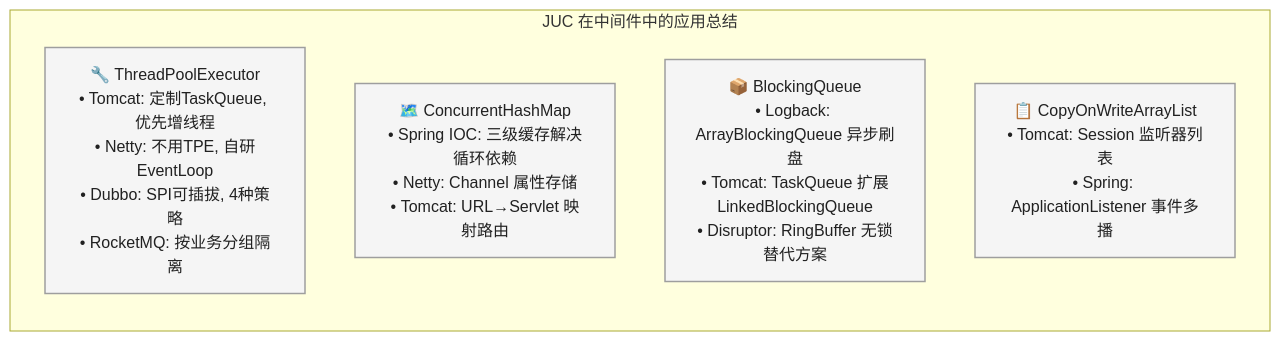
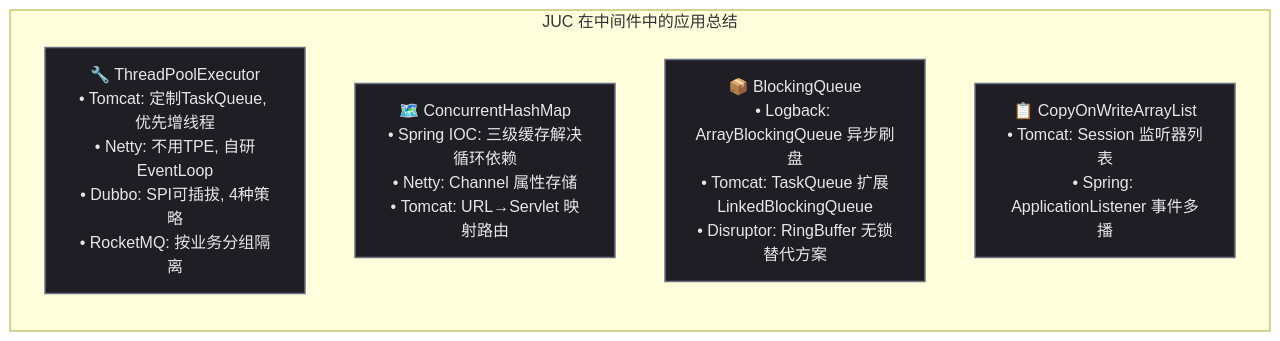
One commit to yaocat55/yaocat55.github.io changed the sixth of 6 diagrams in content/posts/concurrency/JucInMiddleware.md. Above: the diagram before and after it, drawn with Mermaid. The commit also changed other lines of this file and 155 other files, not shown here.

````diff
--- a/content/posts/concurrency/JucInMiddleware.md
+++ b/content/posts/concurrency/JucInMiddleware.md
@@ -598,22 +598,22 @@
 ```mermaid
 flowchart TD
-    classDef startEnd fill:#F48FB1,stroke:#C2185B,stroke-width:2px,color:#212121,font-weight:bold;
-    classDef condition fill:#E1BEE7,stroke:#7B1FA2,stroke-width:1.5px,color:#212121,font-weight:bold;
-    classDef process fill:#F5F5F5,stroke:#9E9E9E,stroke-width:1.5px,color:#212121;
-    classDef data fill:#C8E6C9,stroke:#388E3C,stroke-width:1.5px,color:#1B5E20,font-weight:bold;
-    classDef highlight fill:#FFCCBC,stroke:#E64A19,stroke-width:1.5px,color:#D84315,font-weight:bold;
+classDef startEnd fill:#701a4c,stroke:#e11d48,stroke-width:2px,color:#fce7f3,font-weight:bold;
+classDef condition fill:#2a1147,stroke:#a855f7,stroke-width:1.5px,color:#ede9fe,font-weight:bold;
+classDef process fill:#1e1e24,stroke:#6b7280,stroke-width:1.5px,color:#e5e7eb;
+classDef data fill:#052e16,stroke:#16a34a,stroke-width:1.5px,color:#bbf7d0,font-weight:bold;
+classDef highlight fill:#450a0a,stroke:#dc2626,stroke-width:1.5px,color:#fecaca,font-weight:bold;
 
     subgraph SUMMARY ["JUC 在中间件中的应用总结"]
         direction TB
 
-        POOL["🔧 ThreadPoolExecutor<br/>• Tomcat: 定制TaskQueue, 优先增线程<br/>• Netty: 不用TPE, 自研EventLoop<br/>• Dubbo: SPI可插拔, 4种策略<br/>• RocketMQ: 按业务分组隔离"]
+        POOL["🔧 ThreadPoolExecutor\n• Tomcat: 定制TaskQueue, 优先增线程\n• Netty: 不用TPE, 自研EventLoop\n• Dubbo: SPI可插拔, 4种策略\n• RocketMQ: 按业务分组隔离"]
 
-        MAP["🗺️ ConcurrentHashMap<br/>• Spring IOC: 三级缓存解决循环依赖<br/>• Netty: Channel 属性存储<br/>• Tomcat: URL→Servlet 映射路由"]
+        MAP["🗺️ ConcurrentHashMap\n• Spring IOC: 三级缓存解决循环依赖\n• Netty: Channel 属性存储\n• Tomcat: URL→Servlet 映射路由"]
 
-        QUEUE2["📦 BlockingQueue<br/>• Logback: ArrayBlockingQueue 异步刷盘<br/>• Tomcat: TaskQueue 扩展LinkedBlockingQueue<br/>• Disruptor: RingBuffer 无锁替代方案"]
+        QUEUE2["📦 BlockingQueue\n• Logback: ArrayBlockingQueue 异步刷盘\n• Tomcat: TaskQueue 扩展LinkedBlockingQueue\n• Disruptor: RingBuffer 无锁替代方案"]
 
-        LIST2["📋 CopyOnWriteArrayList<br/>• Tomcat: Session 监听器列表<br/>• Spring: ApplicationListener 事件多播"]
+        LIST2["📋 CopyOnWriteArrayList\n• Tomcat: Session 监听器列表\n• Spring: ApplicationListener 事件多播"]
     end
 
     class POOL,MAP,QUEUE2,LIST2 process;
 ```
````
